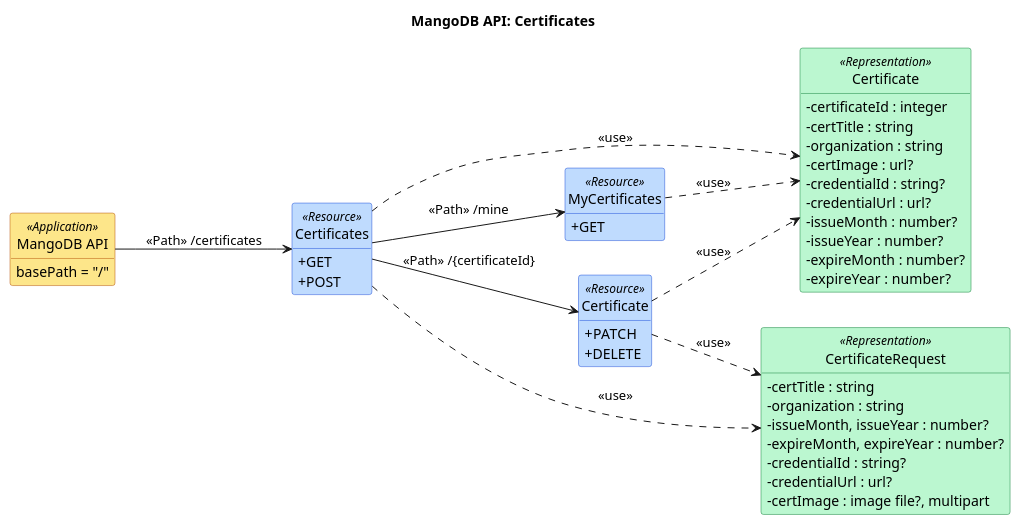
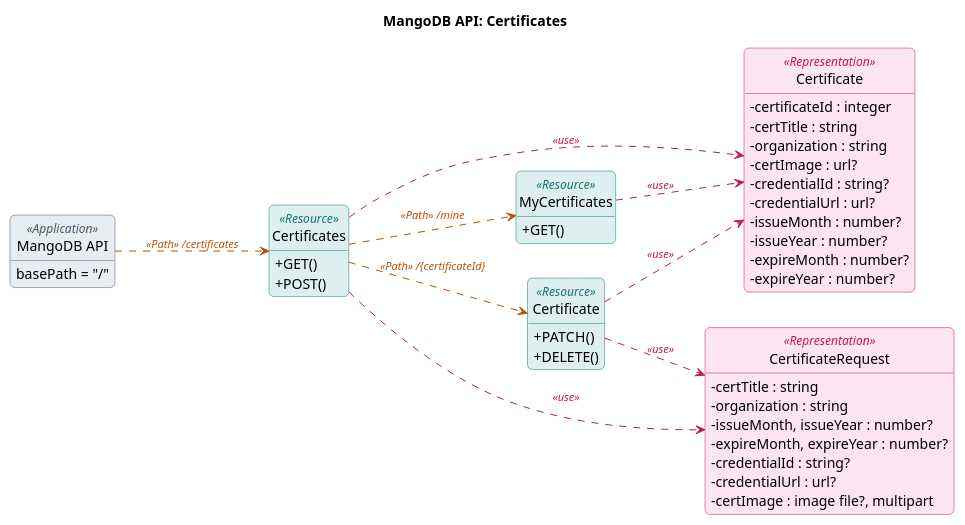
Before and after one commit to taofuuu/MangoDB: the diagram in docs/api/uml/certificates.puml, drawn with PlantUML. The commit also changed 31 other files, not shown here.

First line of the commit message:
docs(api): document quotation and cancel endpoints, restyle UML API diagrams

```diff
--- a/docs/api/uml/certificates.puml
+++ b/docs/api/uml/certificates.puml
@@ -1,60 +1,68 @@
 @startuml
 left to right direction
 skinparam classAttributeIconSize 0
 hide circle
 hide empty members
+skinparam shadowing false
+skinparam roundcorner 10
+skinparam ClassFontStyle bold
+skinparam ClassAttributeFontStyle plain
+skinparam ArrowFontSize 11
 skinparam class {
-  BackgroundColor<<Application>> #FDE68A
-  BorderColor<<Application>> #B45309
-  BackgroundColor<<Resource>> #BFDBFE
-  BorderColor<<Resource>> #1D4ED8
-  BackgroundColor<<Representation>> #BBF7D0
-  BorderColor<<Representation>> #15803D
+  BackgroundColor<<Application>> #E8EDF2
+  BorderColor<<Application>> #475569
+  BackgroundColor<<Resource>> #DDEFEF
+  BorderColor<<Resource>> #0F766E
+  BackgroundColor<<Representation>> #FCE4F0
+  BorderColor<<Representation>> #BE185D
+  StereotypeFontColor<<Application>> #475569
+  StereotypeFontColor<<Resource>> #0F766E
+  StereotypeFontColor<<Representation>> #BE185D
 }
 title MangoDB API: Certificates
 
 class "MangoDB API" as API <<Application>> {
   basePath = "/"
 }
 class "Certificates" as Certificates <<Resource>> {
-  + GET
-  + POST
+  + GET()
+  + POST()
 }
 class "MyCertificates" as MyCertificates <<Resource>> {
-  + GET
+  + GET()
 }
 class "Certificate" as CertificateR <<Resource>> {
-  + PATCH
-  + DELETE
+  + PATCH()
+  + DELETE()
 }
 class "Certificate" as CertificateRep <<Representation>> {
   -certificateId : integer
   -certTitle : string
   -organization : string
   -certImage : url?
   -credentialId : string?
   -credentialUrl : url?
   -issueMonth : number?
   -issueYear : number?
   -expireMonth : number?
   -expireYear : number?
 }
 class "CertificateRequest" as CertificateRequestRep <<Representation>> {
   -certTitle : string
   -organization : string
   -issueMonth, issueYear : number?
   -expireMonth, expireYear : number?
   -credentialId : string?
   -credentialUrl : url?
   -certImage : image file?, multipart
 }
 
-API --> Certificates : <<Path>> /certificates
-Certificates ..> CertificateRep : <<use>>
-Certificates ..> CertificateRequestRep : <<use>>
-Certificates --> MyCertificates : <<Path>> /mine
-MyCertificates ..> CertificateRep : <<use>>
-Certificates --> CertificateR : <<Path>> /{certificateId}
-CertificateR ..> CertificateRep : <<use>>
-CertificateR ..> CertificateRequestRep : <<use>>
+API -[#B45309,dashed]-> Certificates : <i><color:#B45309>«Path» /certificates</color></i>
+Certificates -[#BE185D,dashed]-> CertificateRep : <i><color:#BE185D>«use»</color></i>
+Certificates -[#BE185D,dashed]-> CertificateRequestRep : <i><color:#BE185D>«use»</color></i>
+Certificates -[#B45309,dashed]-> MyCertificates : <i><color:#B45309>«Path» /mine</color></i>
+MyCertificates -[#BE185D,dashed]-> CertificateRep : <i><color:#BE185D>«use»</color></i>
+Certificates -[#B45309,dashed]-> CertificateR : <i><color:#B45309>«Path» /{certificateId}</color></i>
+CertificateR -[#BE185D,dashed]-> CertificateRep : <i><color:#BE185D>«use»</color></i>
+CertificateR -[#BE185D,dashed]-> CertificateRequestRep : <i><color:#BE185D>«use»</color></i>
 @enduml
```
